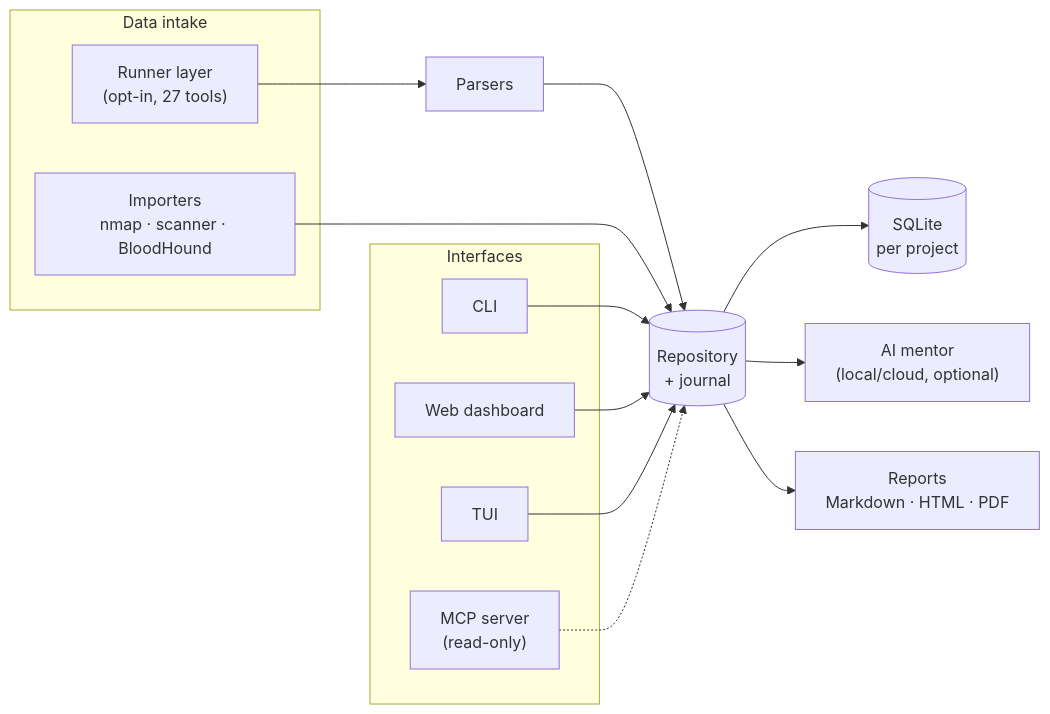
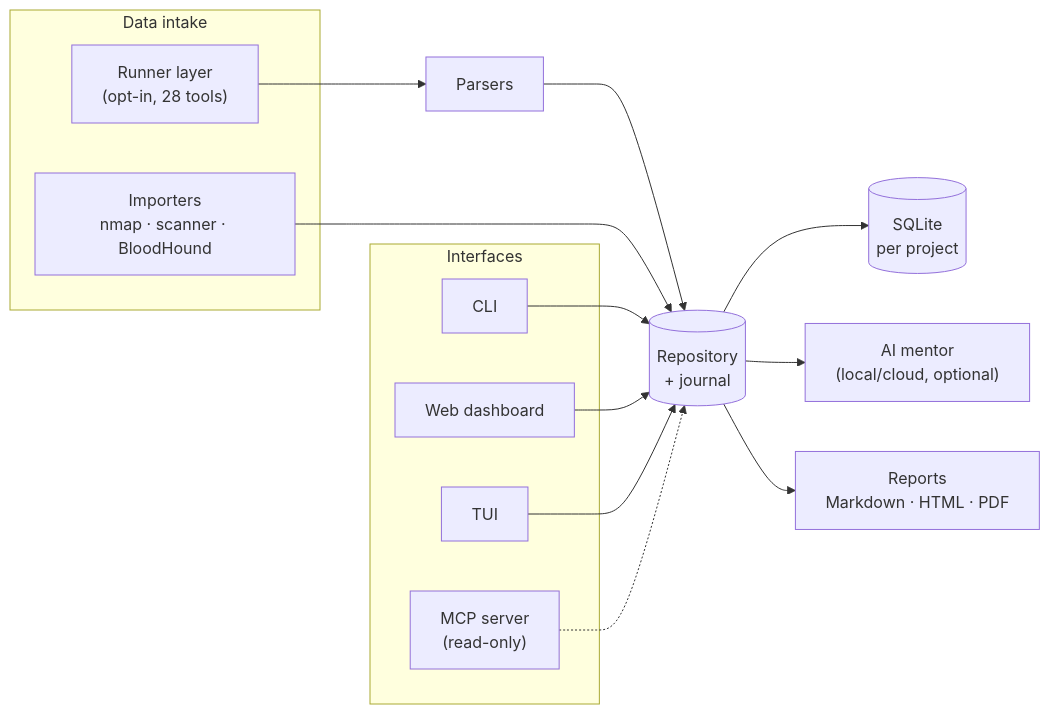
The diagram in README.en.md (kaldox/pentos), drawn with Mermaid before and after one commit. The commit also changed other lines of this file and 9 other files, not shown here.

````diff
--- a/README.en.md
+++ b/README.en.md
@@ -210,23 +210,23 @@
 ```mermaid
 flowchart LR
     subgraph face["Interfaces"]
         CLI["CLI"]
         WEB["Web dashboard"]
         TUI["TUI"]
         MCP["MCP server\n(read-only)"]
     end
     subgraph input["Data intake"]
         IMP["Importers\nnmap · scanner · BloodHound"]
-        RUN["Runner layer\n(opt-in, 27 tools)"]
+        RUN["Runner layer\n(opt-in, 28 tools)"]
     end
     RUN --> PARSE["Parsers"]
     PARSE --> REPO
     IMP --> REPO
     CLI --> REPO
     WEB --> REPO
     TUI --> REPO
     MCP -.-> REPO
     REPO[("Repository\n+ journal")] --> DB[("SQLite\nper project")]
     REPO --> AI["AI mentor\n(local/cloud, optional)"]
     REPO --> REP["Reports\nMarkdown · HTML · PDF"]
 ```
````
